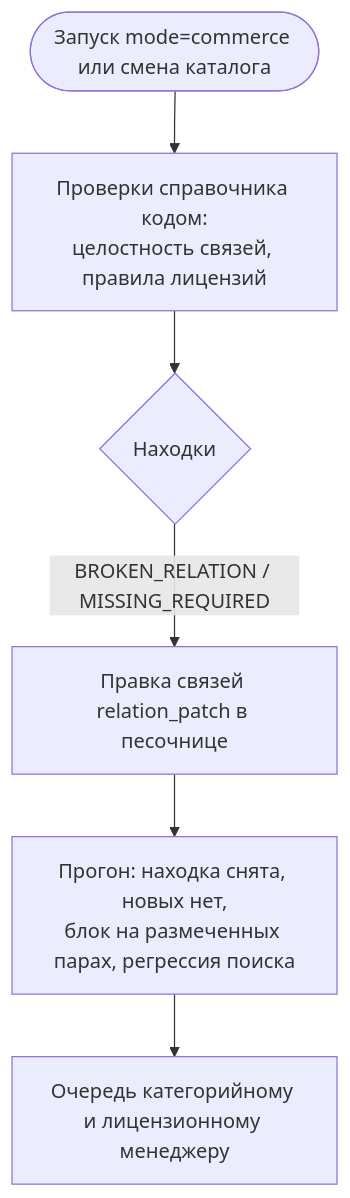
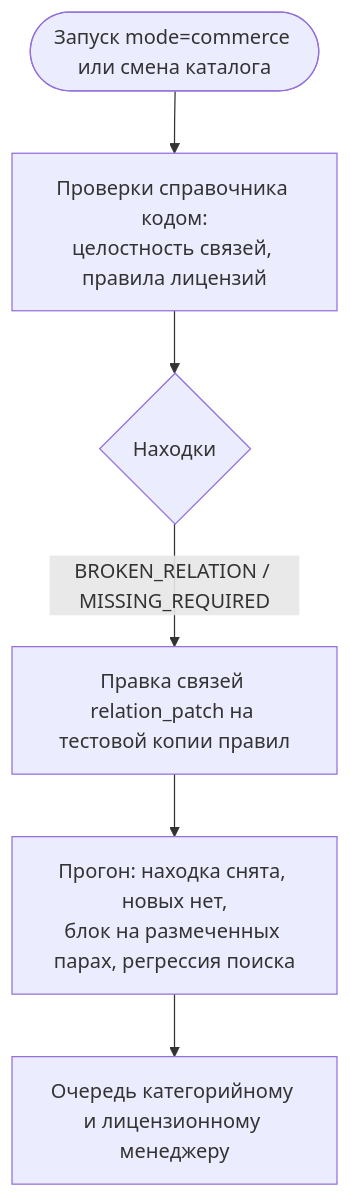
Before and after one commit to olegator-rus/rokotovka-plexet-kuznitsa: the fifth of 5 diagrams in docs/ARCHITECTURE.md, drawn with Mermaid. The commit also changed other lines of this file and 109 other files, not shown here.

````diff
--- a/docs/ARCHITECTURE.md
+++ b/docs/ARCHITECTURE.md
@@ -432,8 +432,8 @@
 ```mermaid
 flowchart TD
     start([Запуск mode=commerce или смена каталога]) --> checks[Проверки справочника кодом:<br/>целостность связей, правила лицензий]
     checks --> find{Находки}
-    find -- BROKEN_RELATION / MISSING_REQUIRED --> patch[Правка связей relation_patch в песочнице]
+    find -- BROKEN_RELATION / MISSING_REQUIRED --> patch[Правка связей relation_patch на тестовой копии правил]
     patch --> eval[Прогон: находка снята, новых нет,<br/>блок на размеченных парах, регрессия поиска]
     eval --> queue[Очередь категорийному и лицензионному менеджеру]
 ```
````
